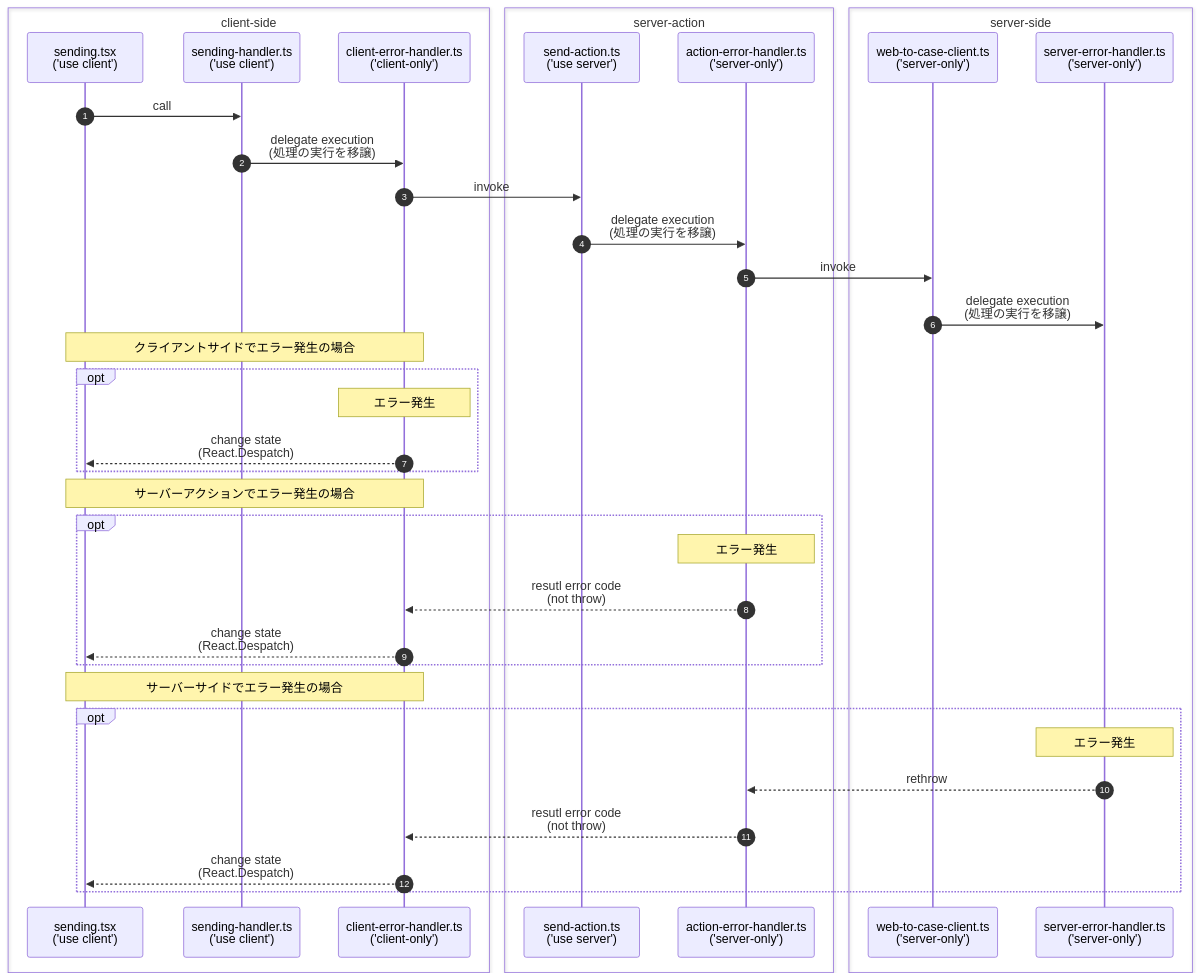
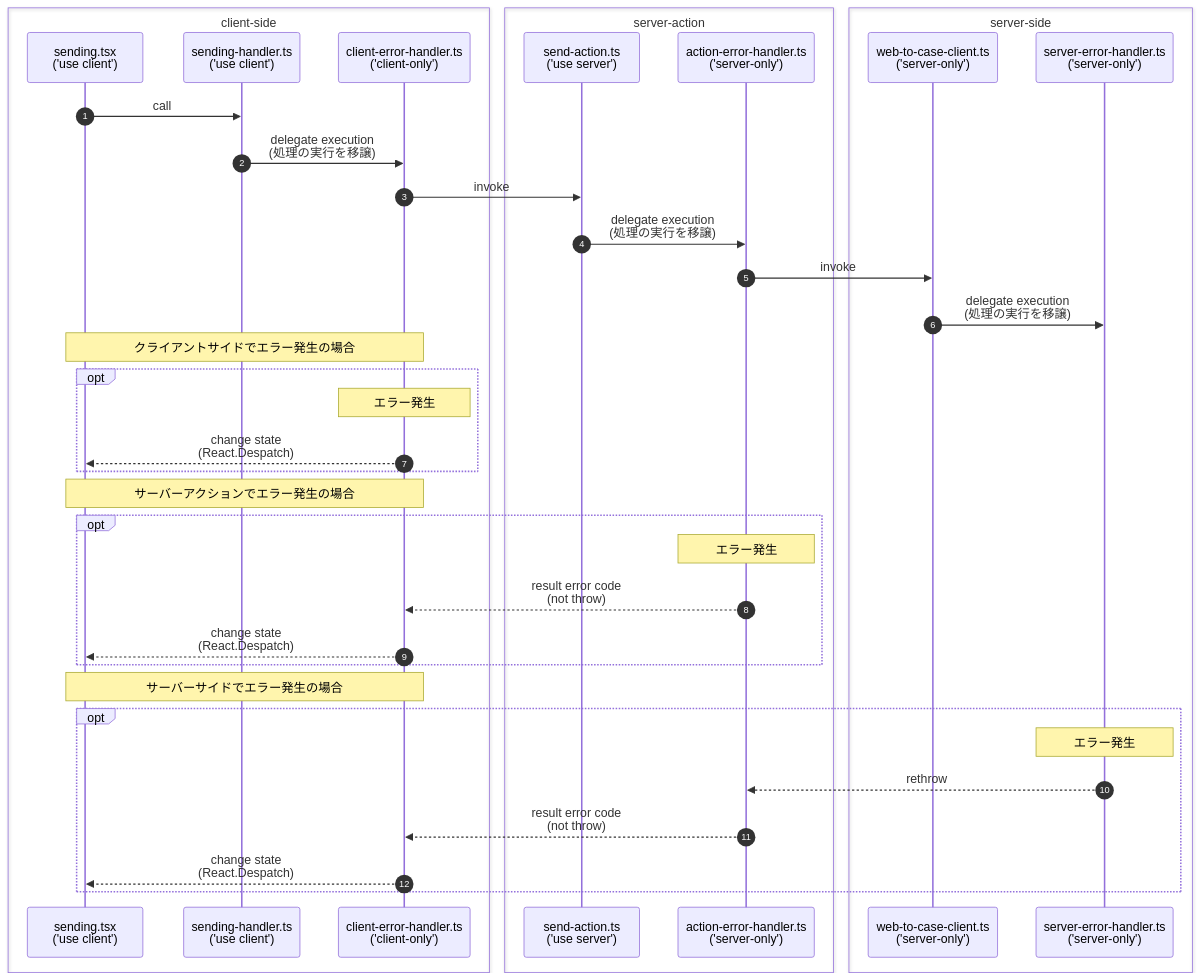
The diagram in README.md (sudo-yoko/portfolio-nextjs), drawn with Mermaid before and after one commit. The commit also changed 1 other file, not shown here.

````diff
--- a/README.md
+++ b/README.md
@@ -113,48 +113,48 @@
 ```mermaid
 sequenceDiagram
 autonumber
 
 box client-side
   participant S as sending.tsx<br>('use client')
   participant SH as sending-handler.ts<br>('use client')
   participant CEH as client-error-handler.ts<br>('client-only')
 end
 
 box server-action
   participant SA as send-action.ts<br>('use server')
   participant AEH as action-error-handler.ts<br>('server-only')
 end
 
 box server-side
   participant WCC as web-to-case-client.ts<br>('server-only')
   participant SEH as server-error-handler.ts<br>('server-only')
 end
 
 S->>SH: call
 SH->>CEH: delegate execution<br>(処理の実行を移譲)
 CEH->>SA: invoke
 SA->>AEH: delegate execution<br>(処理の実行を移譲)
 AEH->>WCC: invoke
 WCC->>SEH: delegate execution<br>(処理の実行を移譲)
 
 Note over S,CEH: クライアントサイドでエラー発生の場合
 opt
   Note over CEH: エラー発生
   CEH-->>S: change state<br>(React.Despatch)
 end
 
 Note over S,CEH: サーバーアクションでエラー発生の場合
 opt
   Note over AEH: エラー発生
-  AEH-->>CEH: resutl error code<br>(not throw)
+  AEH-->>CEH: result error code<br>(not throw)
   CEH-->>S: change state<br>(React.Despatch)
 end
 
 Note over S,CEH: サーバーサイドでエラー発生の場合
 opt
   Note over SEH: エラー発生
   SEH-->>AEH: rethrow
-  AEH-->>CEH: resutl error code<br>(not throw)
+  AEH-->>CEH: result error code<br>(not throw)
   CEH-->>S: change state<br>(React.Despatch)
 end
 ```
````
